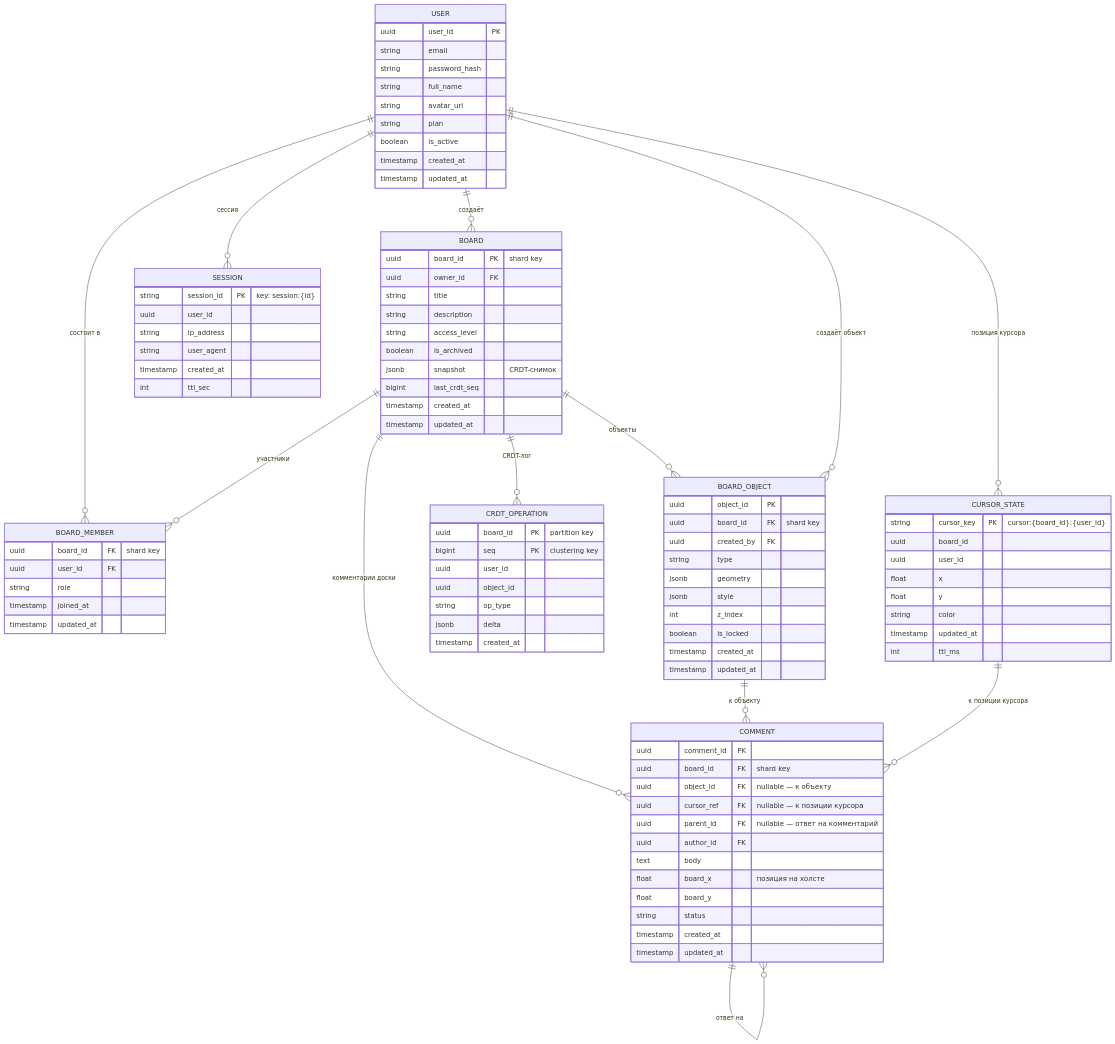
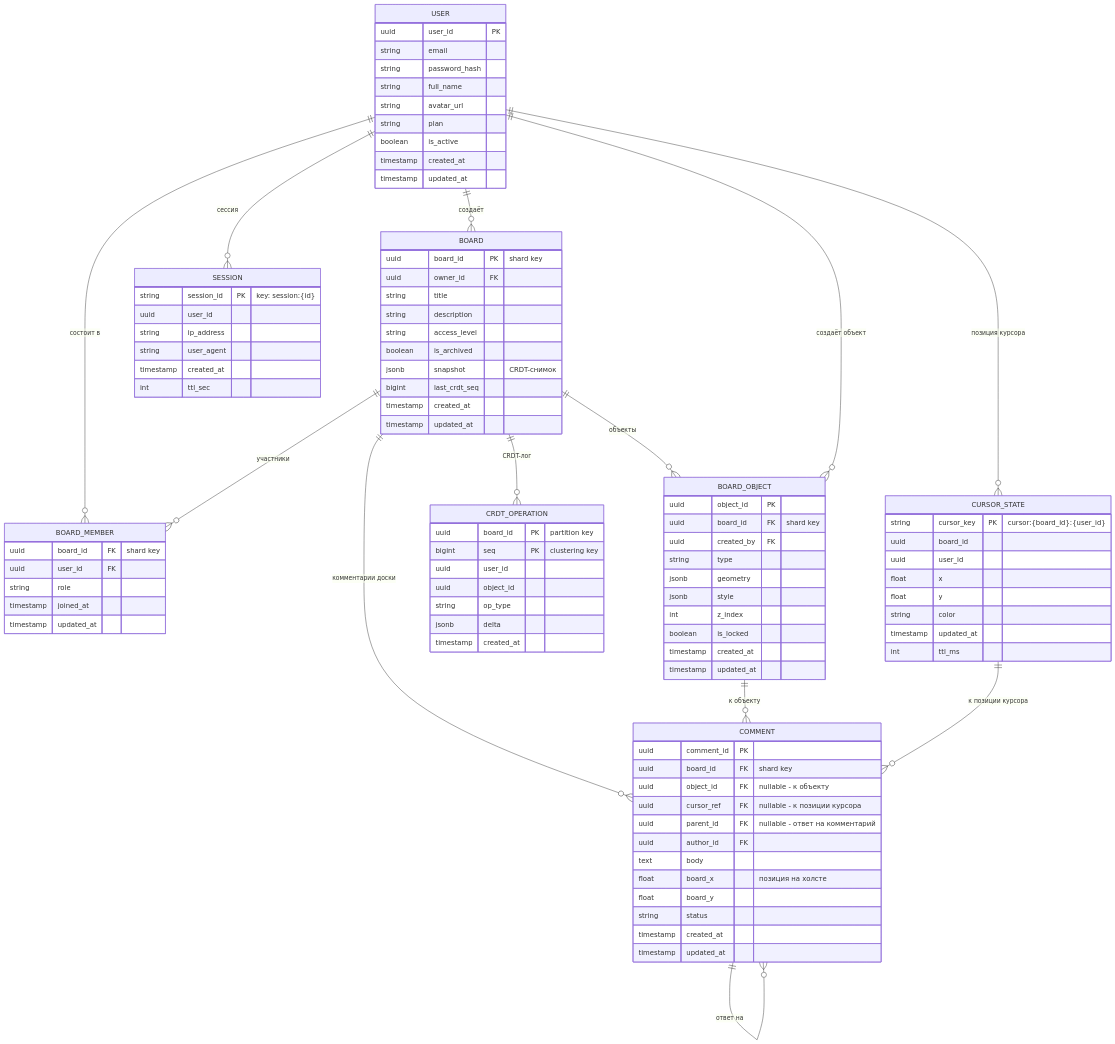
Before and after one commit to Diwix6/vk_highload: the third of 5 diagrams in README.md, drawn with Mermaid. The commit also changed other lines of this file, not shown here.

```diff
--- a/README.md
+++ b/README.md
@@ -656,9 +656,9 @@
     COMMENT {
         uuid      comment_id     PK
         uuid      board_id       FK  "shard key"
-        uuid      object_id      FK  "nullable — к объекту"
-        uuid      cursor_ref     FK  "nullable — к позиции курсора"
-        uuid      parent_id      FK  "nullable — ответ на комментарий"
+        uuid      object_id      FK  "nullable - к объекту"
+        uuid      cursor_ref     FK  "nullable - к позиции курсора"
+        uuid      parent_id      FK  "nullable - ответ на комментарий"
         uuid      author_id      FK
         text      body
         float     board_x            "позиция на холсте"
```
